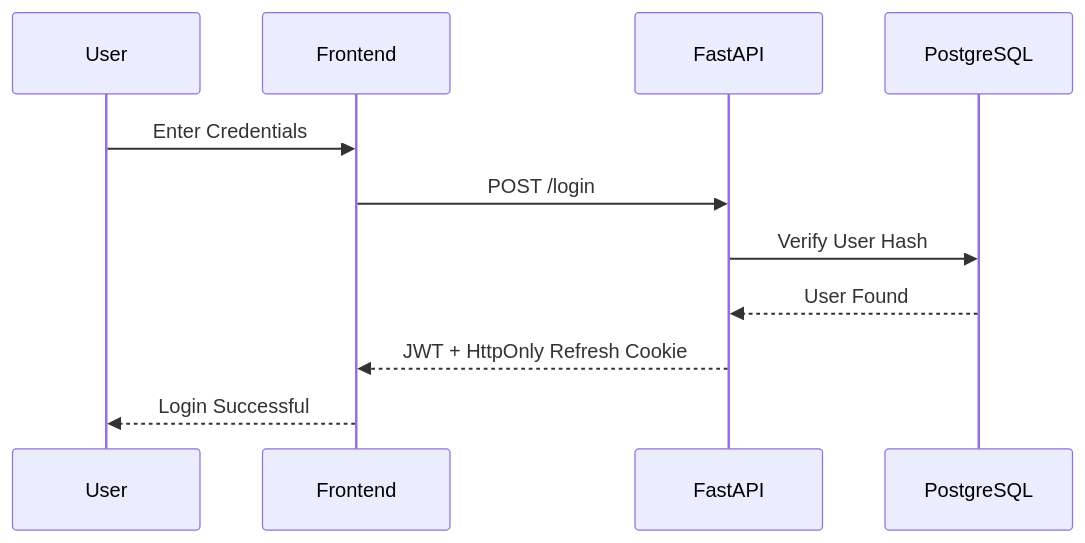
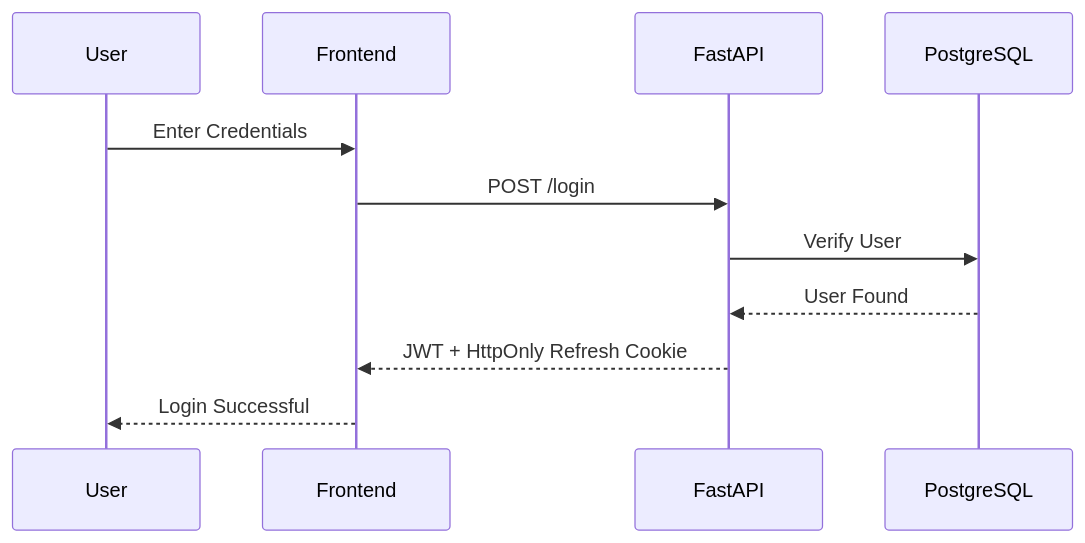
The third of 16 diagrams in README.md (Saralfury/knmiet-connect), drawn with Mermaid before and after one commit. The commit also changed other lines of this file, not shown here.

````diff
--- a/README.md
+++ b/README.md
@@ -242,15 +443,20 @@
 ```mermaid
 sequenceDiagram
 
 participant User
 participant Frontend
 participant FastAPI
 participant PostgreSQL
 
 User->>Frontend: Enter Credentials
+
 Frontend->>FastAPI: POST /login
-FastAPI->>PostgreSQL: Verify User Hash
+
+FastAPI->>PostgreSQL: Verify User
+
 PostgreSQL-->>FastAPI: User Found
+
 FastAPI-->>Frontend: JWT + HttpOnly Refresh Cookie
+
 Frontend-->>User: Login Successful
 ```
````
